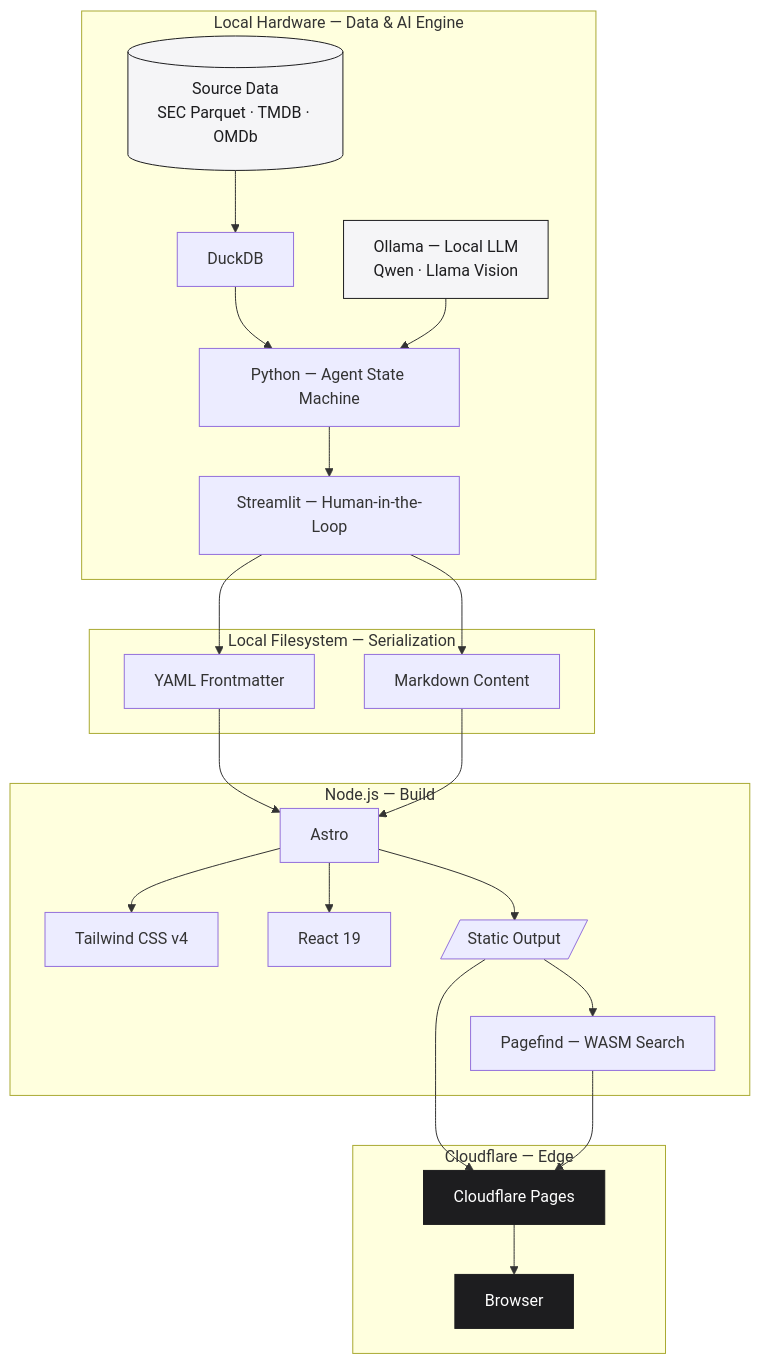
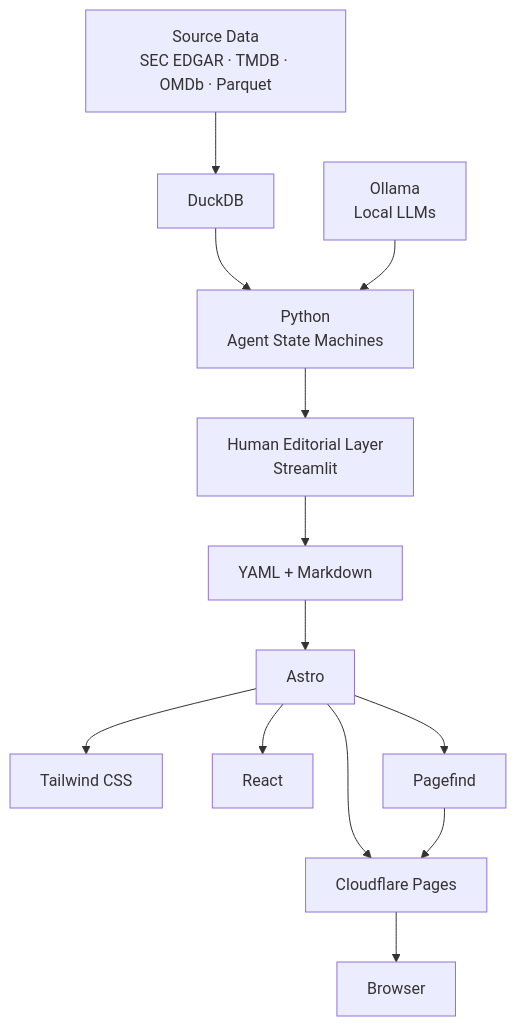
One commit to Savanand/variance-loop changed the first of 2 diagrams in README.md. Above: the diagram before and after it, drawn with Mermaid. The commit also changed other lines of this file, not shown here.

````diff
--- a/README.md
+++ b/README.md
@@ -94,32 +48,29 @@
 ```mermaid
-graph TD
-    subgraph "Local Hardware — Data & AI Engine"
-        A[(Source Data<br/>SEC Parquet · TMDB · OMDb)] --> B[DuckDB]
-        B --> C[Python — Agent State Machine]
-        D[Ollama — Local LLM<br/>Qwen · Llama Vision] --> C
-        C --> E[Streamlit — Human-in-the-Loop]
-    end
+flowchart TD
 
-    subgraph "Local Filesystem — Serialization"
-        E --> F[YAML Frontmatter]
-        E --> G[Markdown Content]
-    end
+    A["Source Data<br/>SEC EDGAR · TMDB · OMDb · Parquet"]
+    B["DuckDB"]
+    C["Python<br/>Agent State Machines"]
+    D["Ollama<br/>Local LLMs"]
+    E["Human Editorial Layer<br/>Streamlit"]
+    F["YAML + Markdown"]
+    G["Astro"]
+    H["Tailwind CSS"]
+    I["React"]
+    J["Pagefind"]
+    K["Cloudflare Pages"]
+    L["Browser"]
 
-    subgraph "Node.js — Build"
-        F & G --> H[Astro]
-        H --> I[Tailwind CSS v4]
-        H --> J[React 19]
-        H --> K[/Static Output/]
-        K --> L[Pagefind — WASM Search]
-    end
-
-    subgraph "Cloudflare — Edge"
-        K & L --> M[Cloudflare Pages]
-        M --> N[Browser]
-    end
-
-    style A fill:#f5f5f7,stroke:#1d1d1f,color:#1d1d1f
-    style D fill:#f5f5f7,stroke:#1d1d1f,color:#1d1d1f
-    style M fill:#1d1d1f,stroke:#1d1d1f,color:#ffffff
-    style N fill:#1d1d1f,stroke:#1d1d1f,color:#ffffff
+    A --> B
+    B --> C
+    D --> C
+    C --> E
+    E --> F
+    F --> G
+    G --> H
+    G --> I
+    G --> J
+    G --> K
+    J --> K
+    K --> L
 ```
````
